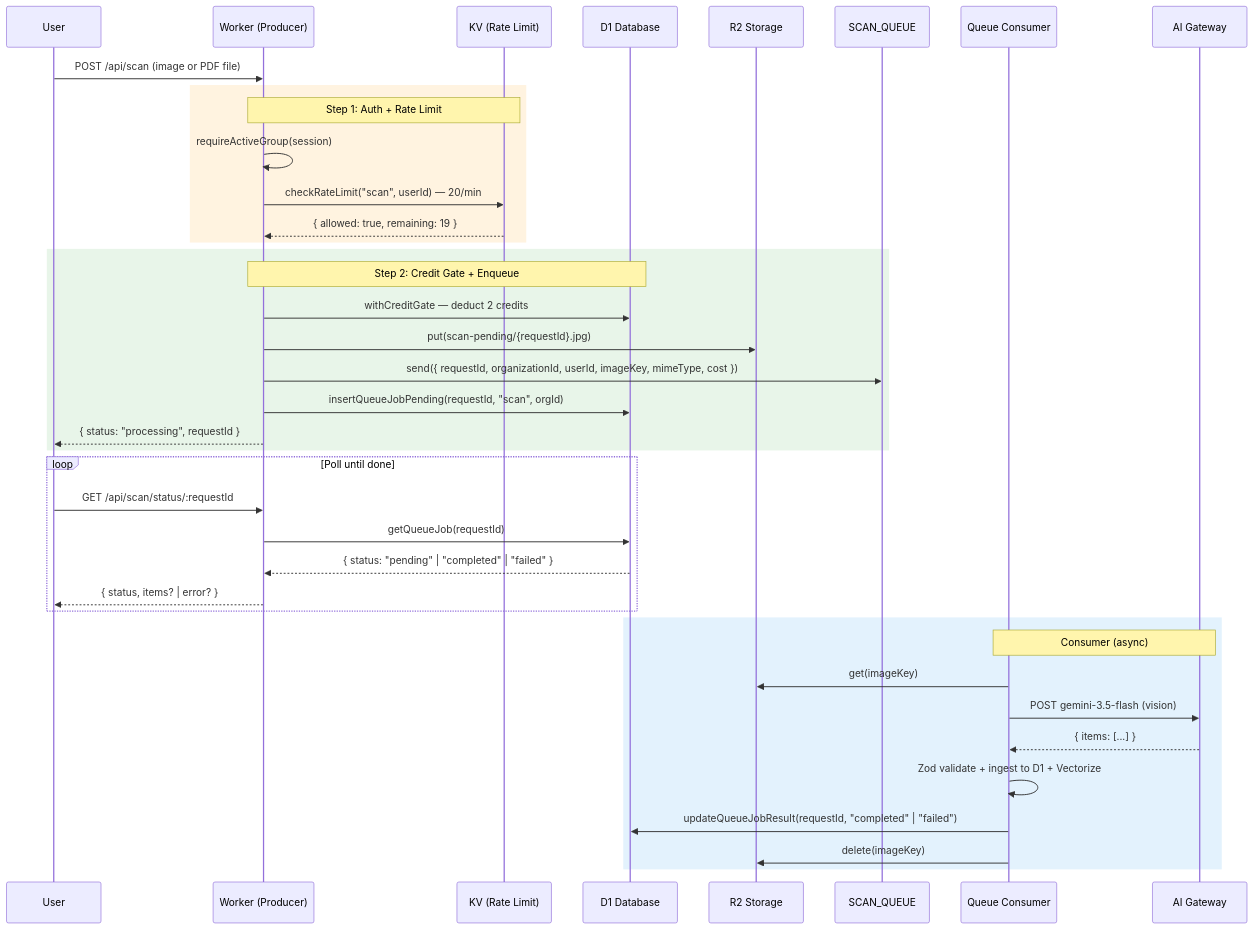
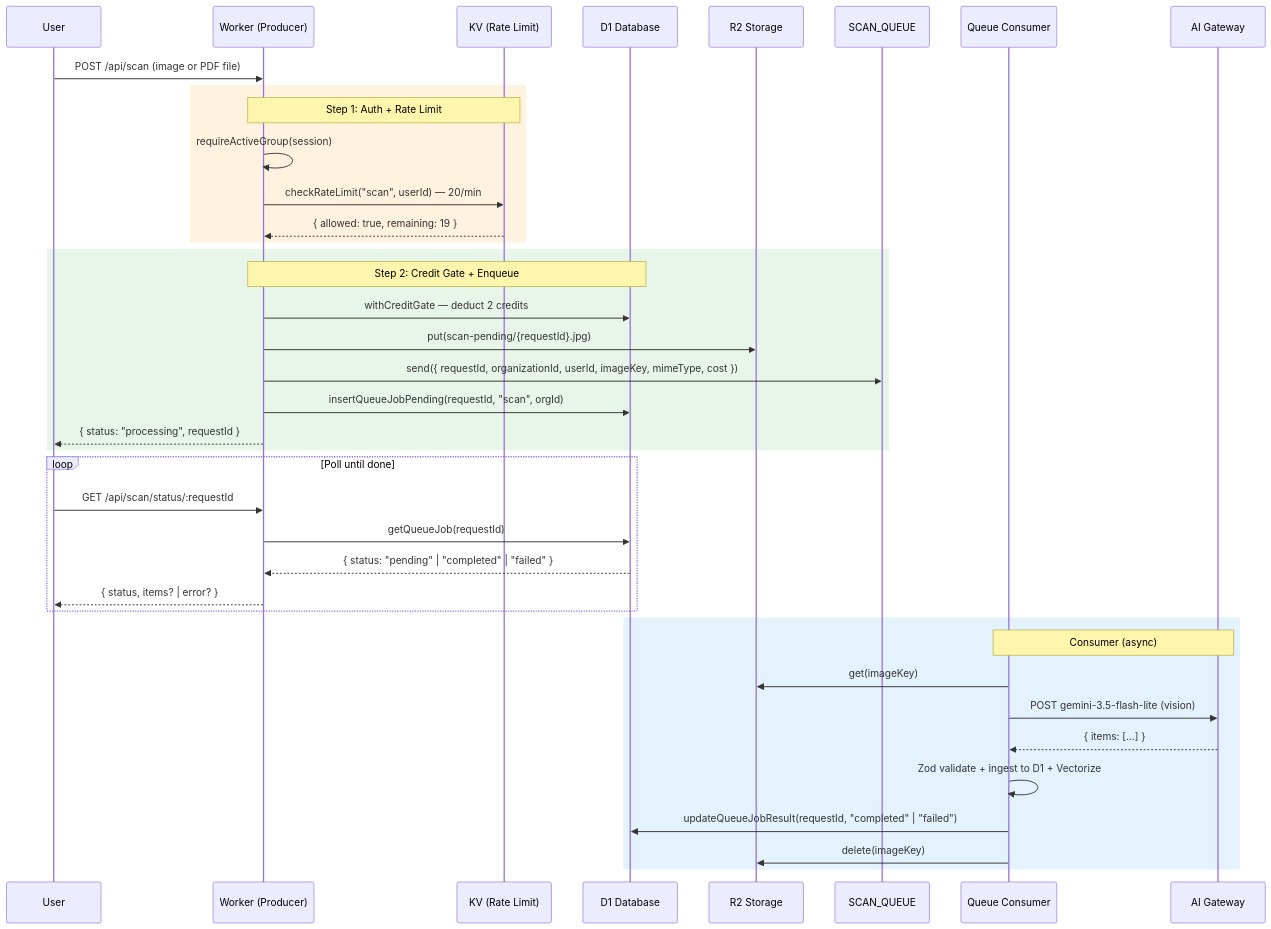
The seventh of 24 diagrams in README.md (bjamesdowning/ration-mirror), drawn with Mermaid before and after one commit. The commit also changed other lines of this file and 8 other files, not shown here.

First line of the commit message:
feat: switch AI Gateway model to Gemini 3.5 Flash-Lite

````diff
--- a/README.md
+++ b/README.md
@@ -318,46 +318,46 @@
 ```mermaid
 sequenceDiagram
     participant User as User
     participant Worker as Worker (Producer)
     participant KV as KV (Rate Limit)
     participant D1 as D1 Database
     participant R2 as R2 Storage
     participant Queue as SCAN_QUEUE
     participant Consumer as Queue Consumer
     participant AIGateway as AI Gateway
 
     User->>Worker: POST /api/scan (image or PDF file)
 
     rect rgb(255, 243, 224)
         Note over Worker,KV: Step 1: Auth + Rate Limit
         Worker->>Worker: requireActiveGroup(session)
         Worker->>KV: checkRateLimit("scan", userId) — 20/min
         KV-->>Worker: { allowed: true, remaining: 19 }
     end
 
     rect rgb(232, 245, 233)
         Note over Worker,D1: Step 2: Credit Gate + Enqueue
         Worker->>D1: withCreditGate — deduct 2 credits
         Worker->>R2: put(scan-pending/{requestId}.jpg)
         Worker->>Queue: send({ requestId, organizationId, userId, imageKey, mimeType, cost })
         Worker->>D1: insertQueueJobPending(requestId, "scan", orgId)
         Worker-->>User: { status: "processing", requestId }
     end
 
     loop Poll until done
         User->>Worker: GET /api/scan/status/:requestId
         Worker->>D1: getQueueJob(requestId)
         D1-->>Worker: { status: "pending" | "completed" | "failed" }
         Worker-->>User: { status, items? | error? }
     end
 
     rect rgb(227, 242, 253)
         Note over Consumer,AIGateway: Consumer (async)
         Consumer->>R2: get(imageKey)
-        Consumer->>AIGateway: POST gemini-3.5-flash (vision)
+        Consumer->>AIGateway: POST gemini-3.5-flash-lite (vision)
         AIGateway-->>Consumer: { items: [...] }
         Consumer->>Consumer: Zod validate + ingest to D1 + Vectorize
         Consumer->>D1: updateQueueJobResult(requestId, "completed" | "failed")
         Consumer->>R2: delete(imageKey)
     end
 ```
````
